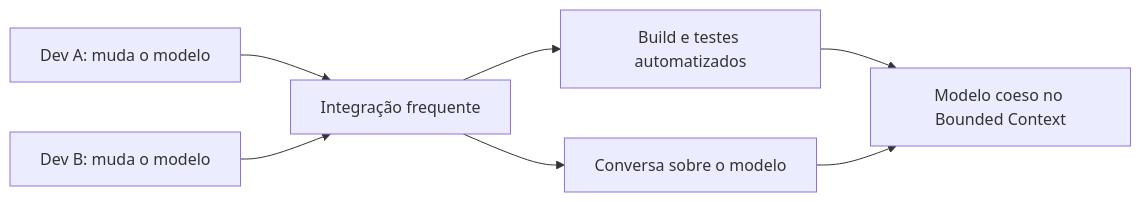
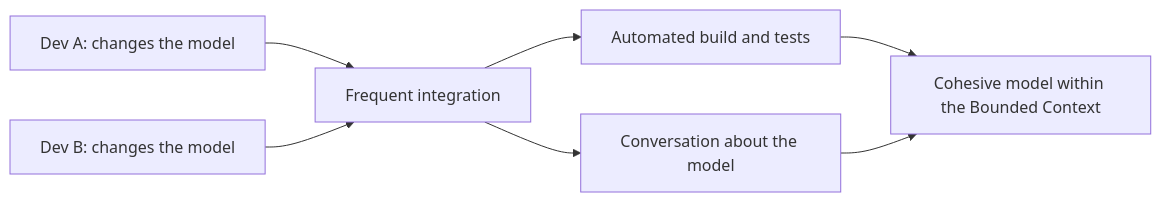
The diagram in docs/application/ddd/model-in-practice/continuous-integration.md (alancesar/design-patterns), drawn with Mermaid before and after one commit. The commit also changed 258 other files, not shown here.

First line of the commit message:
Translate Mermaid diagrams to English

````diff
--- a/docs/application/ddd/model-in-practice/continuous-integration.md
+++ b/docs/application/ddd/model-in-practice/continuous-integration.md
@@ -54,9 +54,9 @@
 ```mermaid
 flowchart LR
-    A["Dev A: muda o modelo"] --> I["Integração frequente"]
-    B["Dev B: muda o modelo"] --> I
-    I --> T["Build e testes automatizados"]
-    I --> C["Conversa sobre o modelo"]
-    T --> M["Modelo coeso no Bounded Context"]
+    A["Dev A: changes the model"] --> I["Frequent integration"]
+    B["Dev B: changes the model"] --> I
+    I --> T["Automated build and tests"]
+    I --> C["Conversation about the model"]
+    T --> M["Cohesive model within the Bounded Context"]
     C --> M
 ```
````
